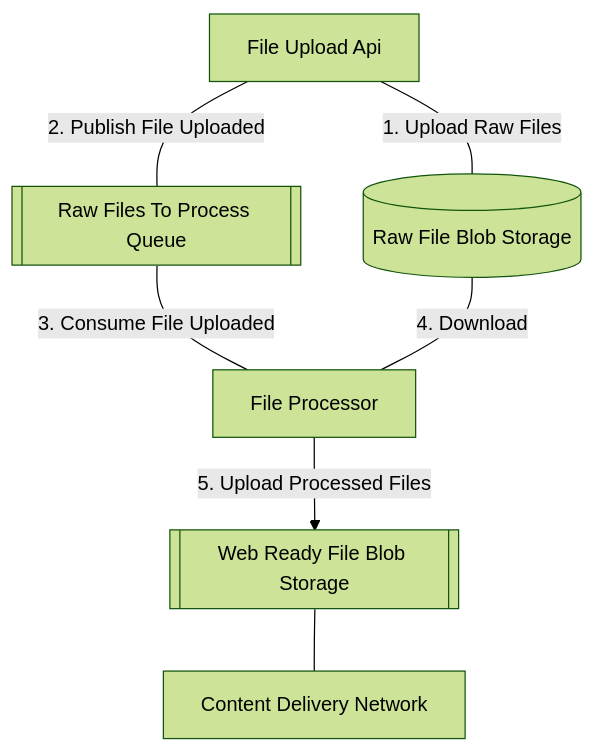
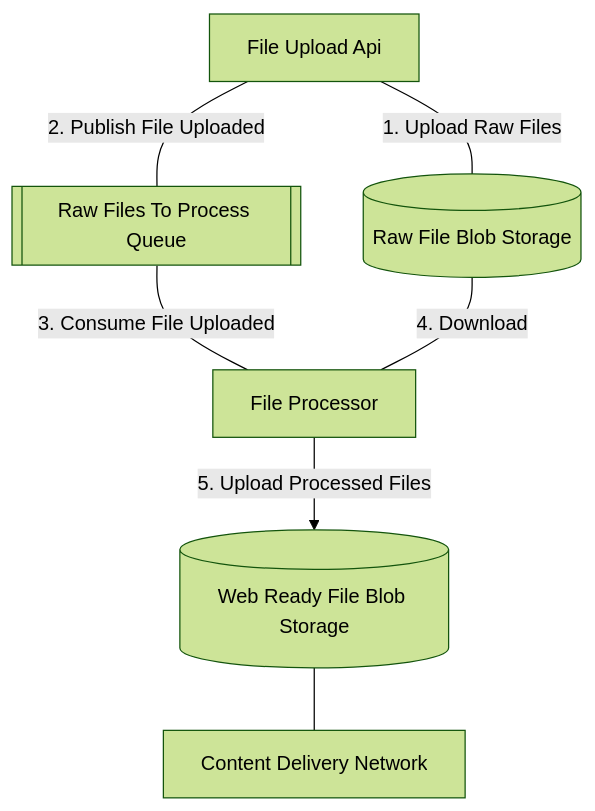
One commit to jtbuk/WebifyVideo changed the diagram in README.md. Above: the diagram before and after it, drawn with Mermaid (forest theme).

````diff
--- a/README.md
+++ b/README.md
@@ -4,20 +4,20 @@
 ```mermaid
 graph TD;
     uploadApi[File Upload Api];
     fileProcessor[File Processor];
     
     rawStorageQueue[[Raw Files To Process Queue]];
     rawBlobStorage[(Raw File Blob Storage)];
     
-    webReadyStorage[[Web Ready File Blob Storage]]
+    webReadyStorage[(Web Ready File Blob Storage)]
     cdn[Content Delivery Network]
         
     uploadApi-- 1. Upload Raw Files --- rawBlobStorage;
     uploadApi-- 2. Publish File Uploaded --- rawStorageQueue;    
     
     rawStorageQueue-- 3. Consume File Uploaded ---fileProcessor;
     rawBlobStorage-- 4. Download ---fileProcessor;
     
     fileProcessor-- 5. Upload Processed Files --> webReadyStorage;
     webReadyStorage --- cdn    
 ```
````
